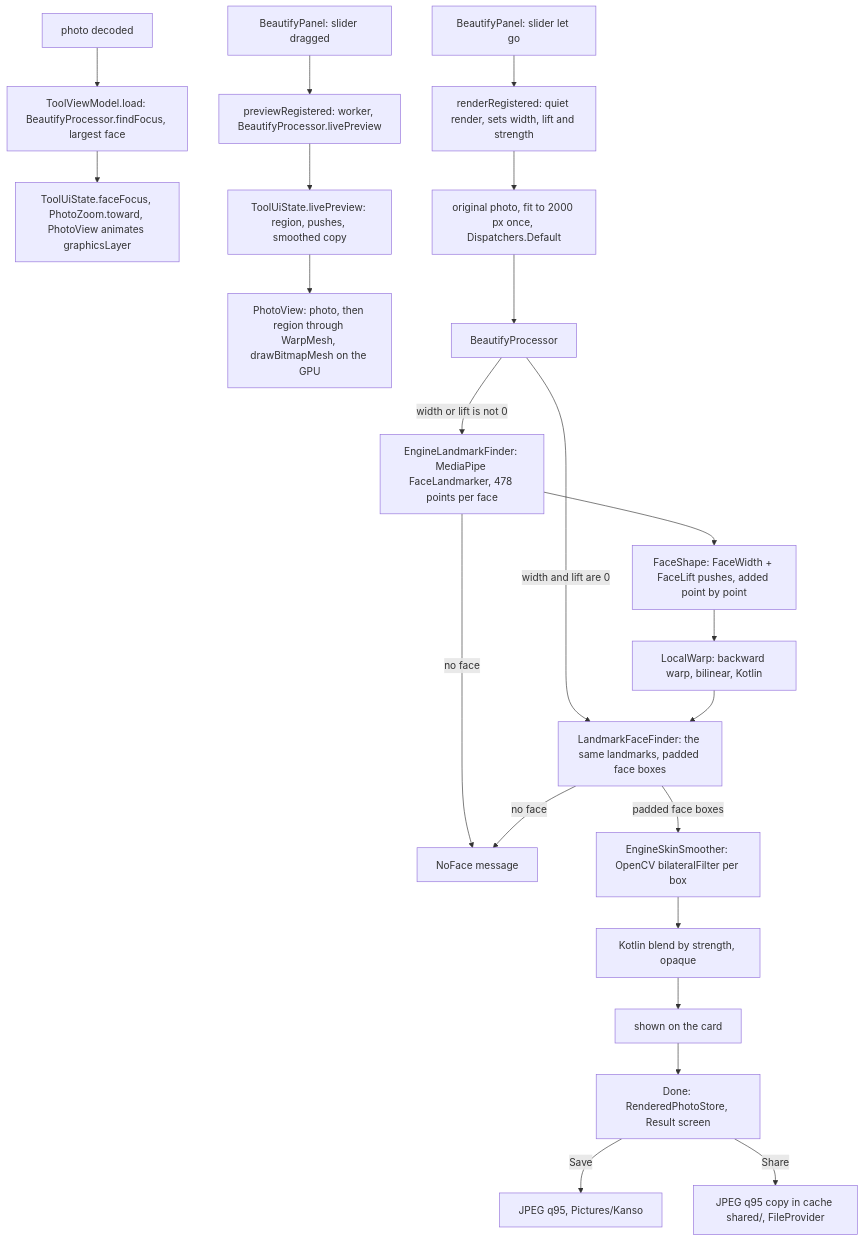
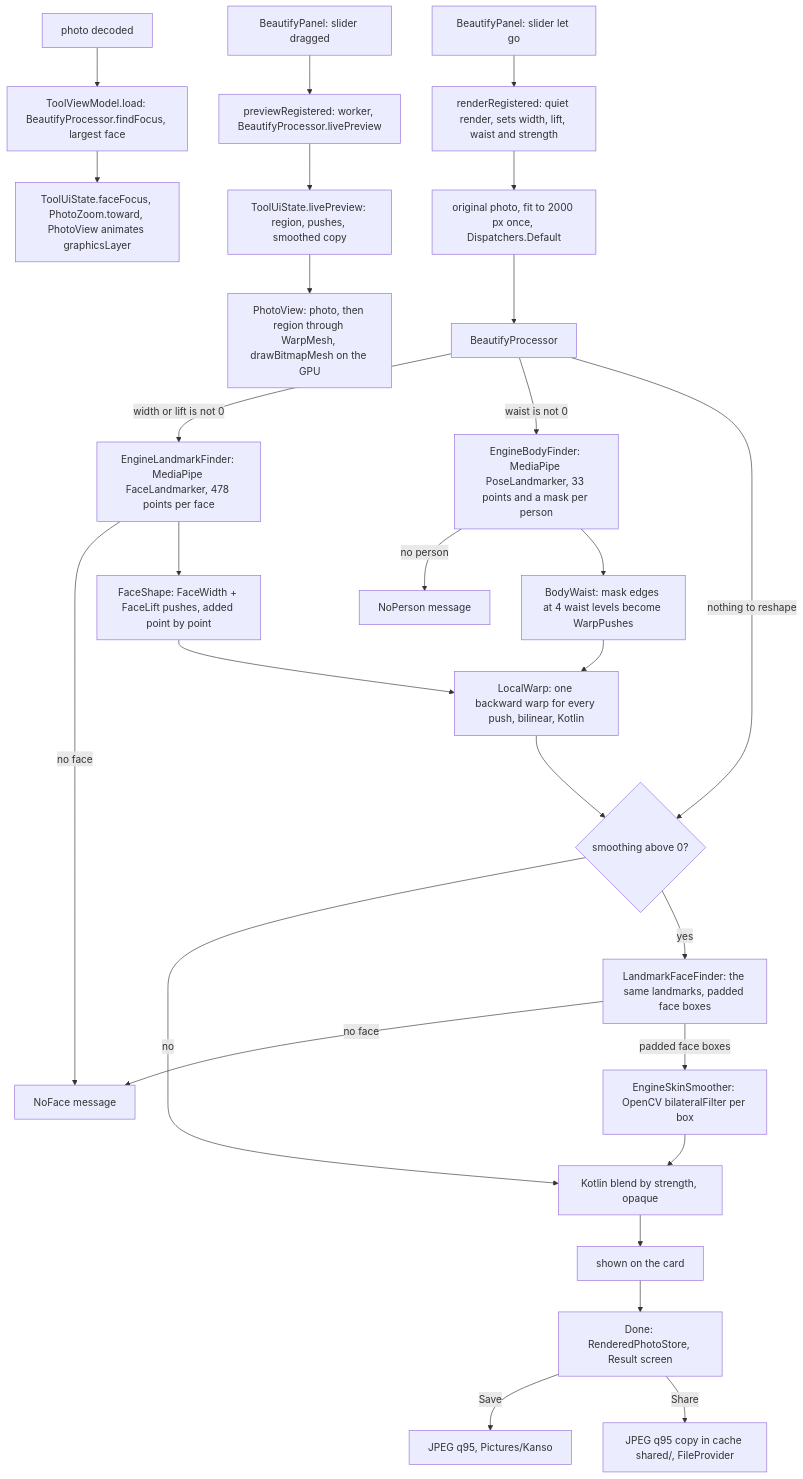
The diagram in docs/features/beautify.md (Phong-Kaster/Kanso), drawn with Mermaid before and after one commit. The commit also changed other lines of this file and 36 other files, not shown here.

First line of the commit message:
feat(beautify): Body > Waist, from MediaPipe's pose model and its mask

````diff
--- a/docs/features/beautify.md
+++ b/docs/features/beautify.md
@@ -105,24 +122,30 @@
 ```mermaid
 flowchart TD
     Z["photo decoded"] --> Z1["ToolViewModel.load: BeautifyProcessor.findFocus, largest face"]
     Z1 --> Z2["ToolUiState.faceFocus, PhotoZoom.toward, PhotoView animates graphicsLayer"]
     P["BeautifyPanel: slider dragged"] --> P1["previewRegistered: worker, BeautifyProcessor.livePreview"]
     P1 --> P2["ToolUiState.livePreview: region, pushes, smoothed copy"]
     P2 --> P3["PhotoView: photo, then region through WarpMesh, drawBitmapMesh on the GPU"]
-    A["BeautifyPanel: slider let go"] --> B["renderRegistered: quiet render, sets width, lift and strength"]
+    A["BeautifyPanel: slider let go"] --> B["renderRegistered: quiet render, sets width, lift, waist and strength"]
     B --> C["original photo, fit to 2000 px once, Dispatchers.Default"]
     C --> D["BeautifyProcessor"]
-    D -->|"width and lift are 0"| E
     D -->|"width or lift is not 0"| W1["EngineLandmarkFinder: MediaPipe FaceLandmarker, 478 points per face"]
     W1 -->|"no face"| N
     W1 --> W2["FaceShape: FaceWidth + FaceLift pushes, added point by point"]
-    W2 --> W3["LocalWarp: backward warp, bilinear, Kotlin"]
-    W3 --> E["LandmarkFaceFinder: the same landmarks, padded face boxes"]
+    D -->|"waist is not 0"| B1["EngineBodyFinder: MediaPipe PoseLandmarker, 33 points and a mask per person"]
+    B1 -->|"no person"| NP["NoPerson message"]
+    B1 --> B2["BodyWaist: mask edges at 4 waist levels become WarpPushes"]
+    W2 --> W3["LocalWarp: one backward warp for every push, bilinear, Kotlin"]
+    B2 --> W3
+    D -->|"nothing to reshape"| S0
+    W3 --> S0{"smoothing above 0?"}
+    S0 -->|"no"| G
+    S0 -->|"yes"| E["LandmarkFaceFinder: the same landmarks, padded face boxes"]
     E -->|"no face"| N["NoFace message"]
     E -->|"padded face boxes"| F["EngineSkinSmoother: OpenCV bilateralFilter per box"]
     F --> G["Kotlin blend by strength, opaque"]
     G --> I["shown on the card"]
     I --> K["Done: RenderedPhotoStore, Result screen"]
     K -->|Save| H["JPEG q95, Pictures/Kanso"]
     K -->|Share| L["JPEG q95 copy in cache shared/, FileProvider"]
 ```
````
